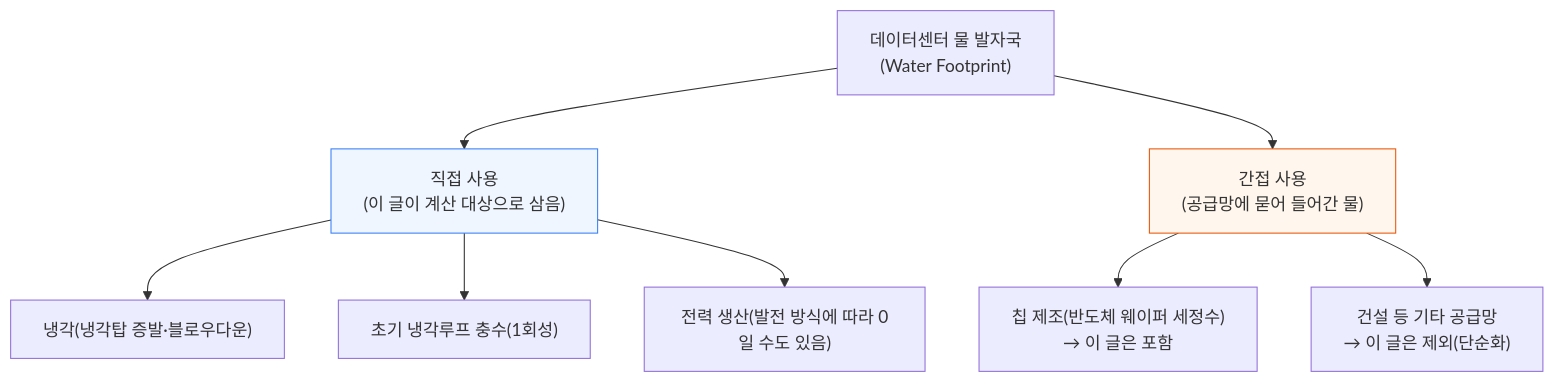
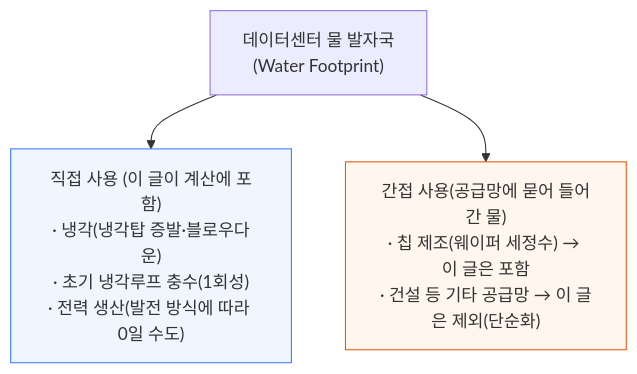
One commit to yohan4477/semi-report changed the first of 10 diagrams in content/newsletter/ai_infra/cooling/[260115] 토큰 대 햄버거 - 데이터센터 물 발자국 대결.md. Above: the diagram before and after it, drawn with Mermaid. The commit also changed other lines of this file, not shown here.

Commit message:
Complete all 4 sections of tokens-vs-burgers water footprint translation

````diff
--- a/content/newsletter/ai_infra/cooling/[260115] 토큰 대 햄버거 - 데이터센터 물 발자국 대결.md
+++ b/content/newsletter/ai_infra/cooling/[260115] 토큰 대 햄버거 - 데이터센터 물 발자국 대결.md
@@ -48,15 +48,8 @@
 ```mermaid
 flowchart TD
-    WF["데이터센터 물 발자국<br/>(Water Footprint)"] --> Direct["직접 사용<br/>(이 글이 계산 대상으로 삼음)"]
-    WF --> Indirect["간접 사용<br/>(공급망에 묻어 들어간 물)"]
-
-    Direct --> D1["냉각(냉각탑 증발·블로우다운)"]
-    Direct --> D2["초기 냉각루프 충수(1회성)"]
-    Direct --> D3["전력 생산(발전 방식에 따라 0일 수도 있음)"]
-
-    Indirect --> I1["칩 제조(반도체 웨이퍼 세정수)<br/>→ 이 글은 포함"]
-    Indirect --> I2["건설 등 기타 공급망<br/>→ 이 글은 제외(단순화)"]
+    WF["데이터센터 물 발자국<br/>(Water Footprint)"] --> Direct["직접 사용 (이 글이 계산에 포함)<br/>· 냉각(냉각탑 증발·블로우다운)<br/>· 초기 냉각루프 충수(1회성)<br/>· 전력 생산(발전 방식에 따라 0일 수도)"]
+    WF --> Indirect["간접 사용(공급망에 묻어 들어간 물)<br/>· 칩 제조(웨이퍼 세정수) → 이 글은 포함<br/>· 건설 등 기타 공급망 → 이 글은 제외(단순화)"]
 
     style Direct fill:#eff6ff,stroke:#3b82f6
     style Indirect fill:#fff7ed,stroke:#ea580c
 ```
````
